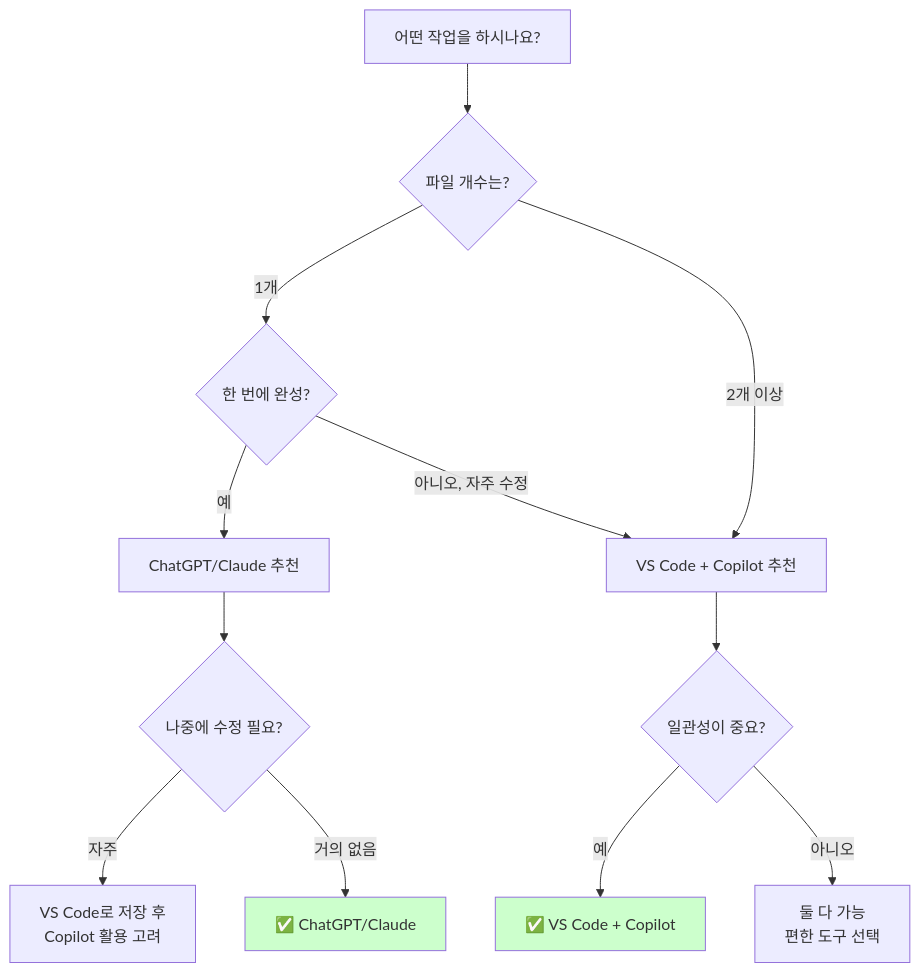
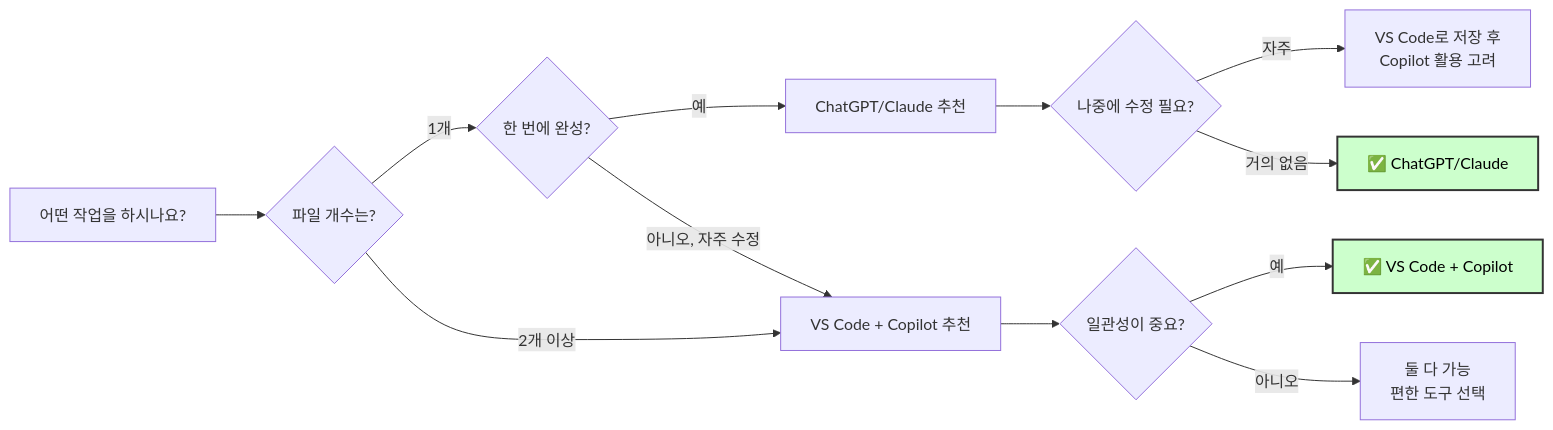
Before and after one commit to seo-jinseok/GitHub-Copilot-Guide: the fifth of 17 diagrams in dist/University_Copilot_Guide_Complete_KO.md, drawn with Mermaid. The commit also changed other lines of this file, not shown here.

Commit message:
docs: mermaid 그림 색상 수정

````diff
--- a/dist/University_Copilot_Guide_Complete_KO.md
+++ b/dist/University_Copilot_Guide_Complete_KO.md
@@ -296,20 +296,20 @@
 ```mermaid
-graph TD
+graph LR
     A[어떤 작업을 하시나요?] --> B{파일 개수는?}
     B -->|1개| C{한 번에 완성?}
     B -->|2개 이상| D[VS Code + Copilot 추천]
     
     C -->|예| E[ChatGPT/Claude 추천]
     C -->|아니오, 자주 수정| D
     
     D --> F{일관성이 중요?}
     F -->|예| G[✅ VS Code + Copilot]
     F -->|아니오| H[둘 다 가능<br/>편한 도구 선택]
     
     E --> I{나중에 수정 필요?}
     I -->|자주| J[VS Code로 저장 후<br/>Copilot 활용 고려]
     I -->|거의 없음| K[✅ ChatGPT/Claude]
     
-    style G fill:#ccffcc
-    style K fill:#ccffcc
+    style G fill:#ccffcc,stroke:#333,stroke-width:2px,color:#000
+    style K fill:#ccffcc,stroke:#333,stroke-width:2px,color:#000
 ```
````
